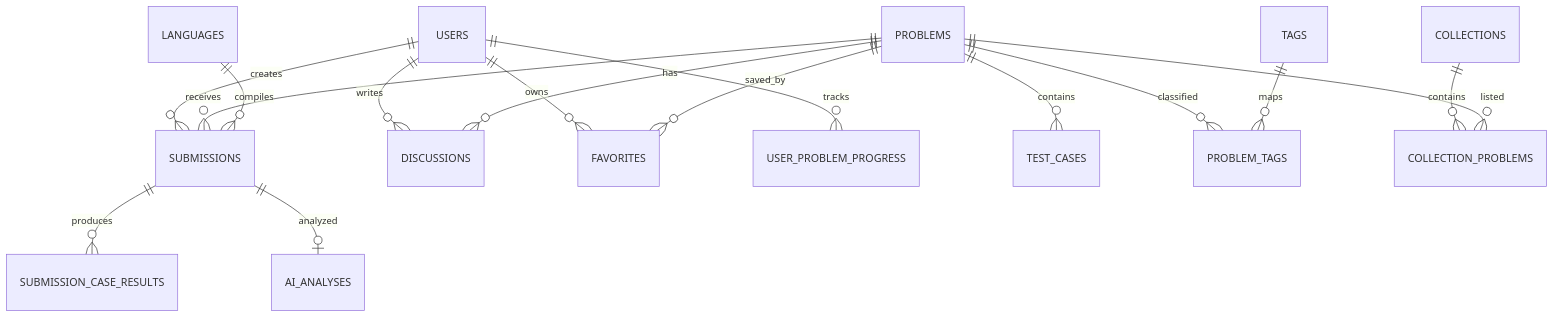
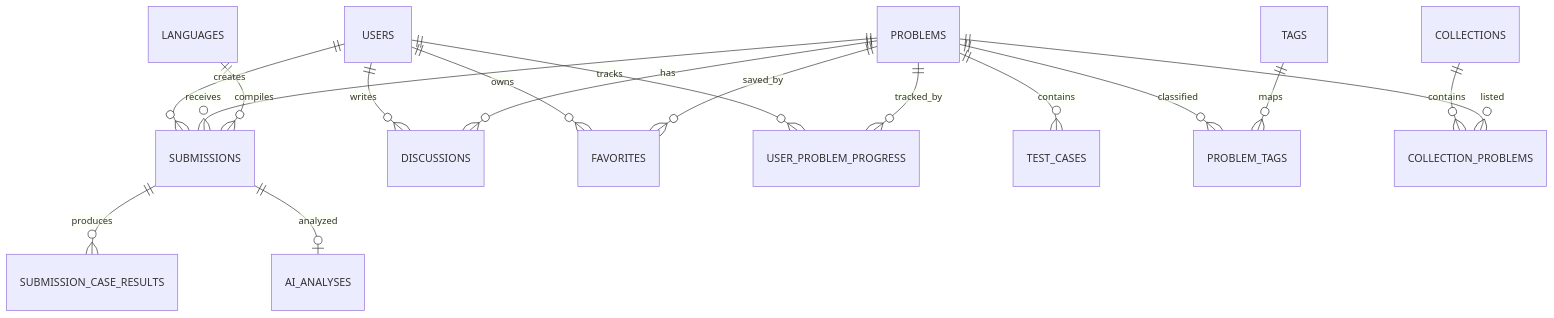
One commit to zrj20020926-max/Coding changed the diagram in docs/database.md. Above: the diagram before and after it, drawn with Mermaid. The commit also changed other lines of this file and 19 other files, not shown here.

````diff
--- a/docs/database.md
+++ b/docs/database.md
@@ -5,18 +5,19 @@
 ```mermaid
 erDiagram
   USERS ||--o{ SUBMISSIONS : creates
   USERS ||--o{ DISCUSSIONS : writes
   USERS ||--o{ FAVORITES : owns
   USERS ||--o{ USER_PROBLEM_PROGRESS : tracks
   PROBLEMS ||--o{ TEST_CASES : contains
   PROBLEMS ||--o{ SUBMISSIONS : receives
   PROBLEMS ||--o{ DISCUSSIONS : has
   PROBLEMS ||--o{ FAVORITES : saved_by
   PROBLEMS ||--o{ PROBLEM_TAGS : classified
   TAGS ||--o{ PROBLEM_TAGS : maps
+  PROBLEMS ||--o{ USER_PROBLEM_PROGRESS : tracked_by
   LANGUAGES ||--o{ SUBMISSIONS : compiles
   SUBMISSIONS ||--o{ SUBMISSION_CASE_RESULTS : produces
   SUBMISSIONS ||--o| AI_ANALYSES : analyzed
   COLLECTIONS ||--o{ COLLECTION_PROBLEMS : contains
   PROBLEMS ||--o{ COLLECTION_PROBLEMS : listed
 ```
````
